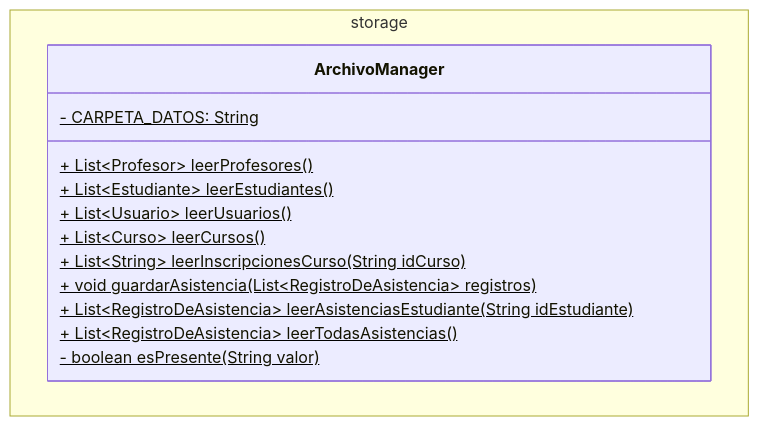
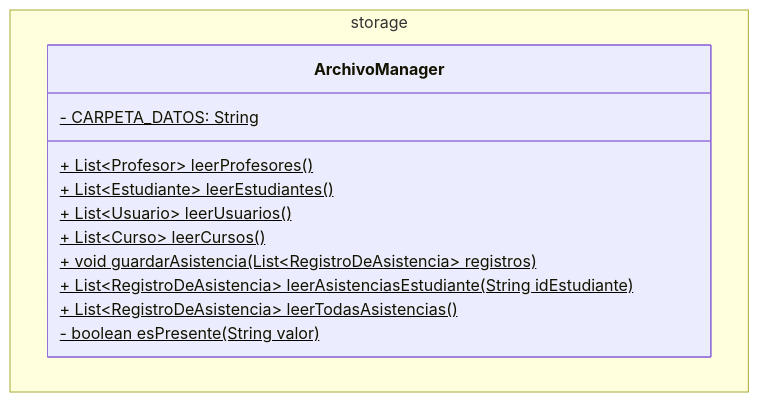
One commit to Aireck2/take-attendance-java changed the diagram in docs/storage/Storage.mmd. Above: the diagram before and after it, drawn with Mermaid. The commit also changed 10 other files, not shown here.

Commit message:
docs(docs): update class diagrams

```diff
--- a/docs/storage/Storage.mmd
+++ b/docs/storage/Storage.mmd
@@ -1,15 +1,14 @@
 classDiagram
     namespace storage {
         class ArchivoManager {
             - CARPETA_DATOS: String$
             + List~Profesor~ leerProfesores()$
             + List~Estudiante~ leerEstudiantes()$
             + List~Usuario~ leerUsuarios()$
             + List~Curso~ leerCursos()$
-            + List~String~ leerInscripcionesCurso(String idCurso)$
             + void guardarAsistencia(List~RegistroDeAsistencia~ registros)$
             + List~RegistroDeAsistencia~ leerAsistenciasEstudiante(String idEstudiante)$
             + List~RegistroDeAsistencia~ leerTodasAsistencias()$
             - boolean esPresente(String valor)$
         }
     }
```
